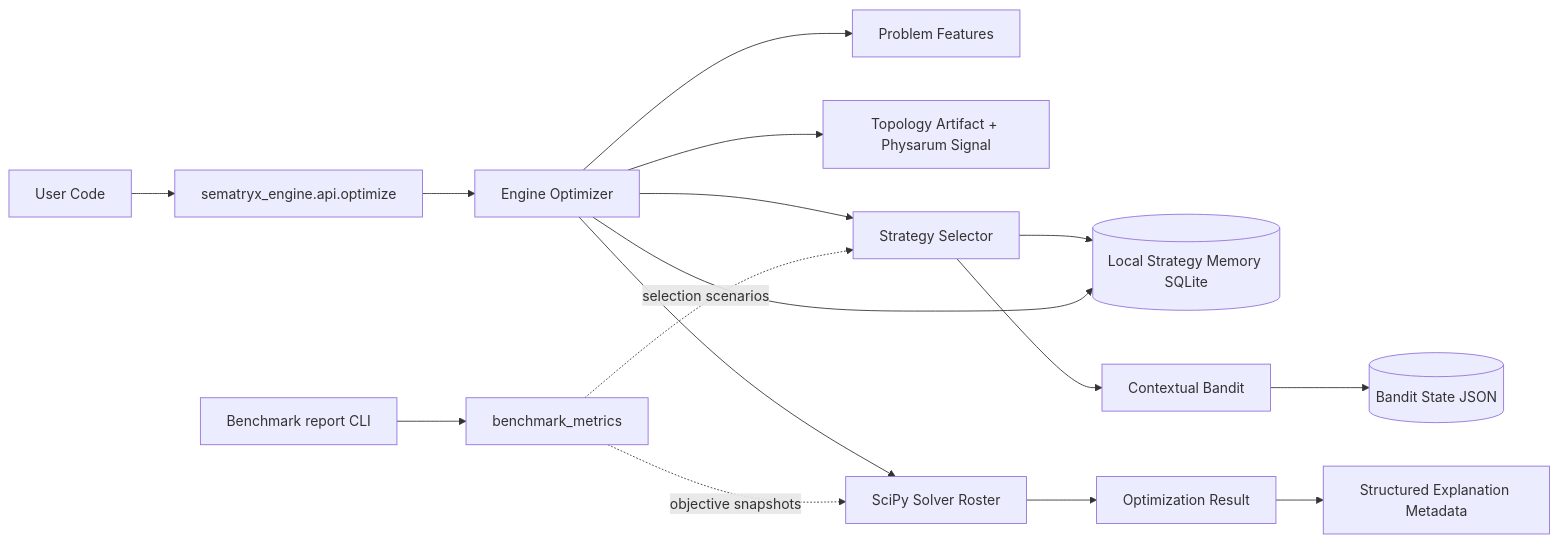
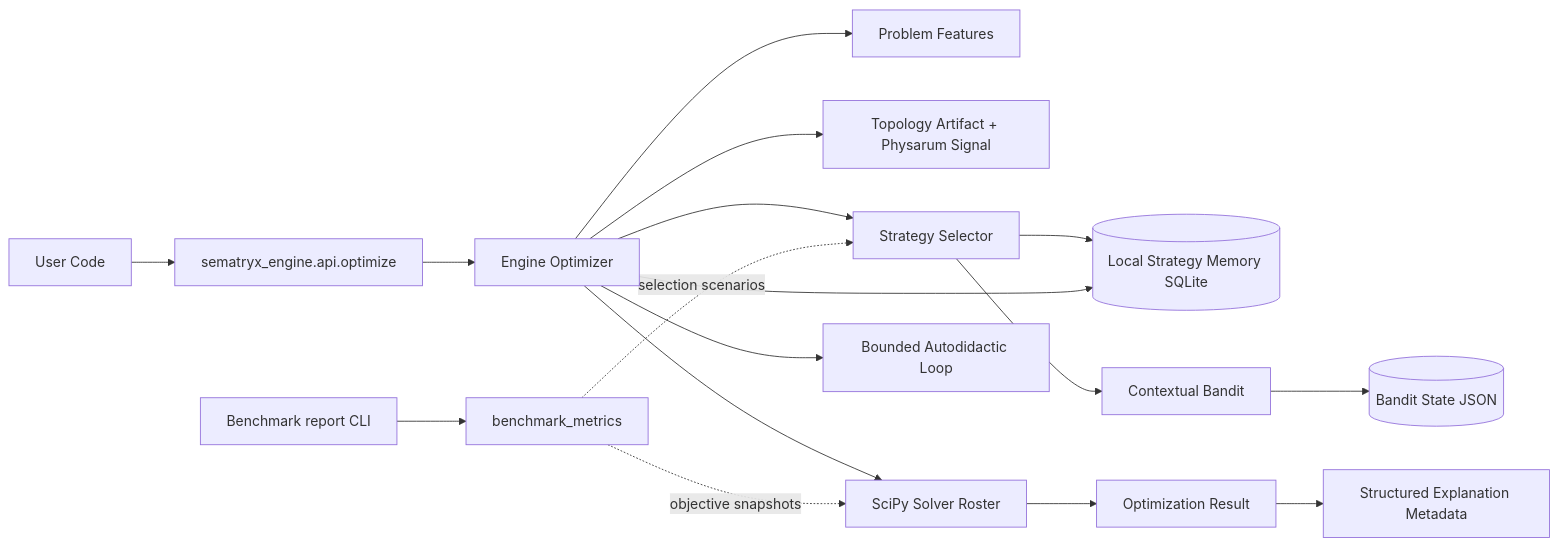
The diagram in docs/architecture/SYSTEM_OVERVIEW.md (sematryx/sematryx-engine), drawn with Mermaid before and after one commit. The commit also changed other lines of this file and 10 other files, not shown here.

First line of the commit message:
Add bounded autodidactic retry loop to optimizer. (#13)

````diff
--- a/docs/architecture/SYSTEM_OVERVIEW.md
+++ b/docs/architecture/SYSTEM_OVERVIEW.md
@@ -3,18 +3,19 @@
 ```mermaid
 flowchart LR
     U[User Code] --> API[sematryx_engine.api.optimize]
     API --> OPT[Engine Optimizer]
     OPT --> FEAT[Problem Features]
     OPT --> TOPO[Topology Artifact + Physarum Signal]
     OPT --> SEL[Strategy Selector]
     SEL --> MEM[(Local Strategy Memory SQLite)]
     SEL --> BANDIT[Contextual Bandit]
     BANDIT --> BANDIT_STATE[(Bandit State JSON)]
     OPT --> SOLV[SciPy Solver Roster]
+    OPT --> LOOP[Bounded Autodidactic Loop]
     SOLV --> RES[Optimization Result]
     OPT --> MEM
     RES --> EXP[Structured Explanation Metadata]
     GEN[Benchmark report CLI] --> BMET[benchmark_metrics]
     BMET -. selection scenarios .-> SEL
     BMET -. objective snapshots .-> SOLV
 ```
````
